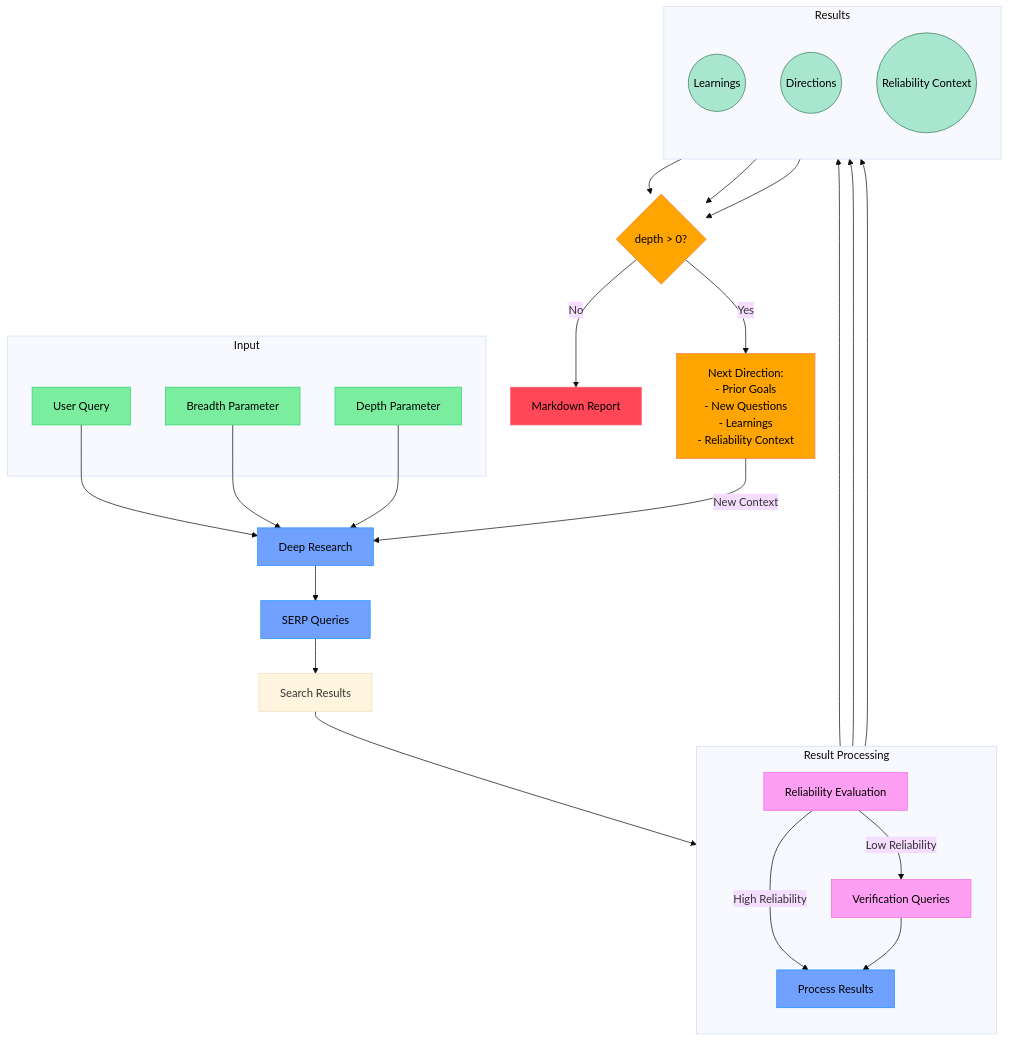
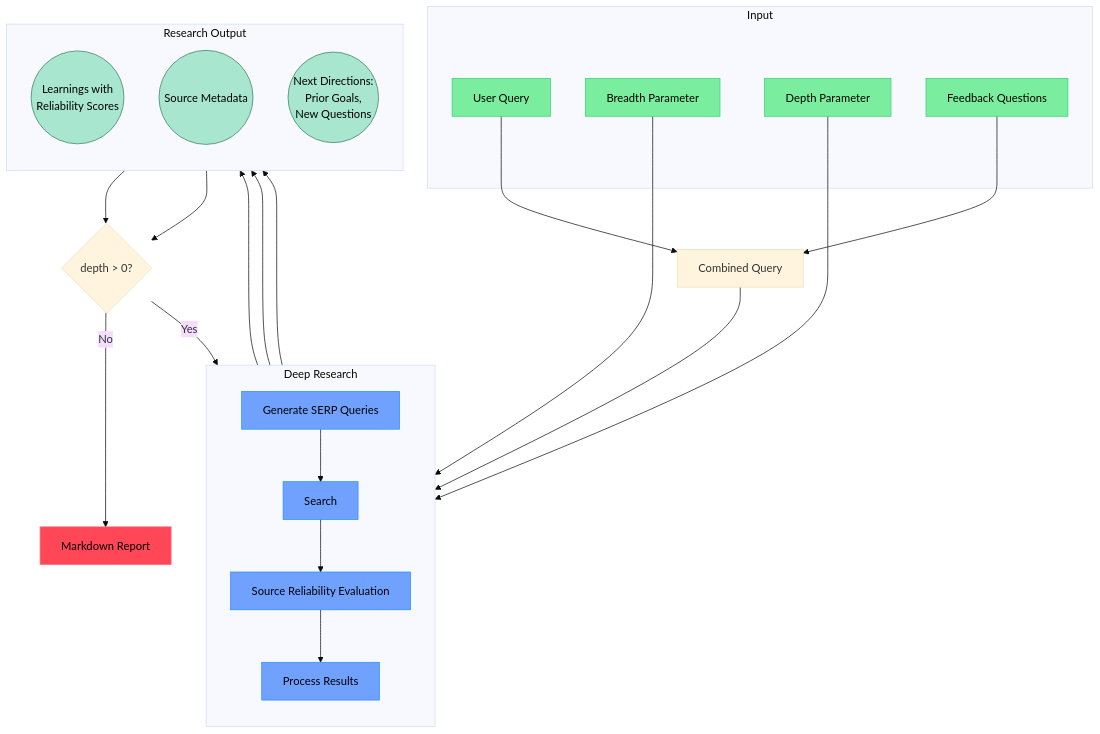
Before and after one commit to punctual26/deep-research-mcp: the diagram in README.md, drawn with Mermaid (base theme). The commit also changed other lines of this file, not shown here.

````diff
--- a/README.md
+++ b/README.md
@@ -47,73 +47,57 @@
 ```mermaid
 flowchart TB
     subgraph Input
         Q[User Query]
         B[Breadth Parameter]
         D[Depth Parameter]
+        FQ[Feedback Questions]
     end
 
-    DR[Deep Research] -->
-    SQ[SERP Queries] -->
-    SR[Search Results]
-
-    subgraph Processing[Result Processing]
+    subgraph Research[Deep Research]
         direction TB
-        RE[Reliability Evaluation]
-        VQ[Verification Queries]
+        SQ[Generate SERP Queries]
+        SR[Search]
+        RE[Source Reliability Evaluation]
         PR[Process Results]
     end
 
-    SR --> RE
-    RE -->|Low Reliability| VQ
-    RE -->|High Reliability| PR
-    VQ --> PR
-
-    subgraph Results[Results]
+    subgraph Results[Research Output]
         direction TB
-        NL((Learnings))
-        ND((Directions))
-        RC((Reliability Context))
+        L((Learnings with
+        Reliability Scores))
+        SM((Source Metadata))
+        ND((Next Directions:
+        Prior Goals,
+        New Questions))
     end
 
-    PR --> NL
+    %% Main Flow
+    Q & FQ --> CQ[Combined Query]
+    CQ & B & D --> SQ
+    SQ --> SR
+    SR --> RE
+    RE --> PR
+
+    %% Results Flow
+    PR --> L
+    PR --> SM
     PR --> ND
-    PR --> RC
 
-    DP{depth > 0?}
-
-    RD["Next Direction:
-    - Prior Goals
-    - New Questions
-    - Learnings
-    - Reliability Context"]
-
-    MR[Markdown Report]
-
-    %% Main Flow
-    Q & B & D --> DR
-
-    %% Results to Decision
-    NL & ND & RC --> DP
-
-    %% Circular Flow
-    DP -->|Yes| RD
-    RD -->|New Context| DR
-
+    %% Depth Decision and Recursion
+    L & ND --> DP{depth > 0?}
+    DP -->|Yes| SQ
+    
     %% Final Output
-    DP -->|No| MR
+    DP -->|No| MR[Markdown Report]
 
     %% Styling
     classDef input fill:#7bed9f,stroke:#2ed573,color:black
     classDef process fill:#70a1ff,stroke:#1e90ff,color:black
-    classDef recursive fill:#ffa502,stroke:#ff7f50,color:black
     classDef output fill:#ff4757,stroke:#ff6b81,color:black
-    classDef results fill:#a8e6cf,stroke:#3b7a57,color:black
-    classDef reliability fill:#ff9ff3,stroke:#f368e0,color:black
+    classDef results fill:#a8e6cf,stroke:#3b7a57,color:black,width:150px,height:150px
 
-    class Q,B,D input
-    class DR,SQ,PR process
-    class DP,RD recursive
+    class Q,B,D,FQ input
+    class SQ,SR,RE,PR process
     class MR output
-    class NL,ND,RC results
-    class RE,VQ reliability
+    class L,SM,ND results
 ```
````
